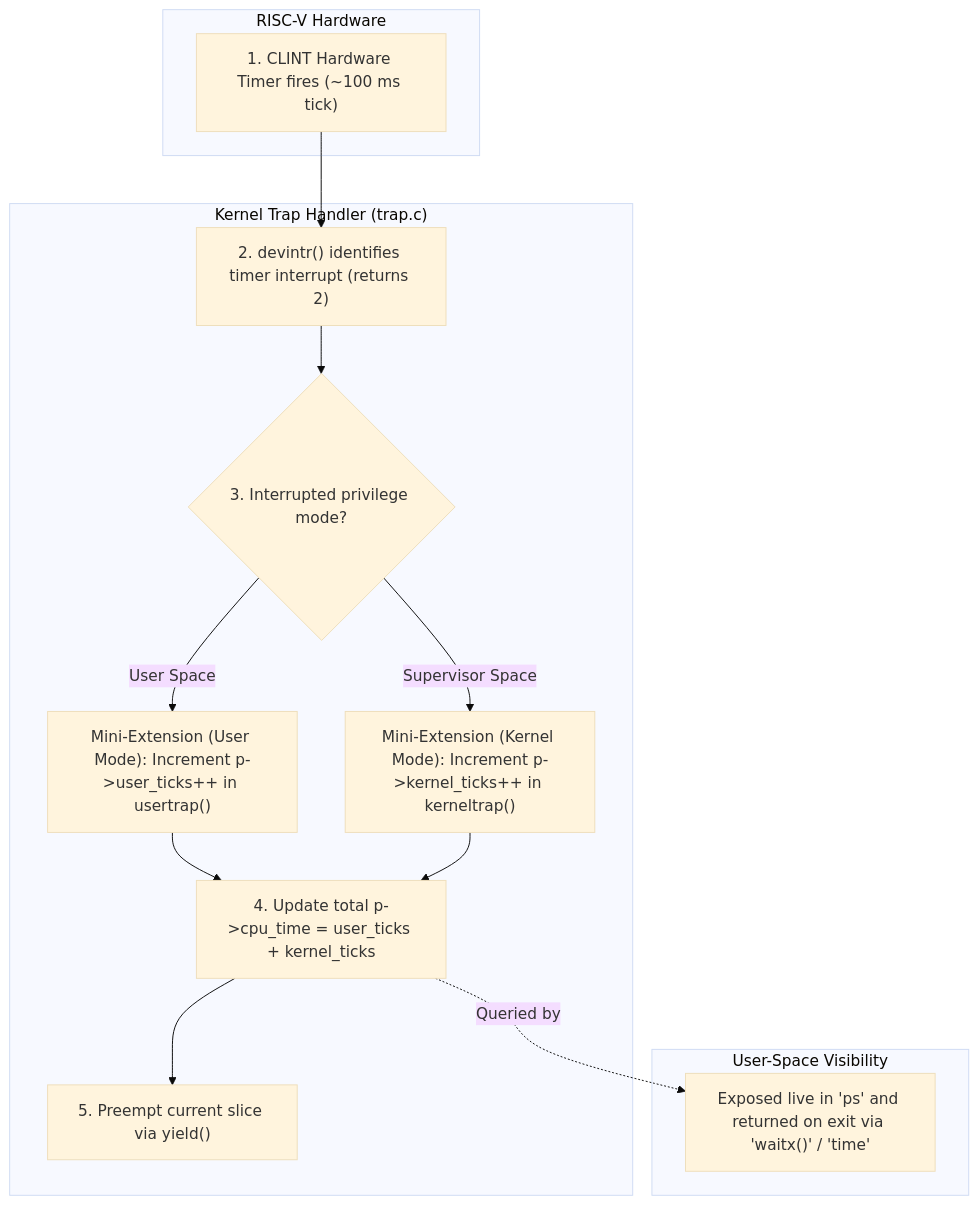
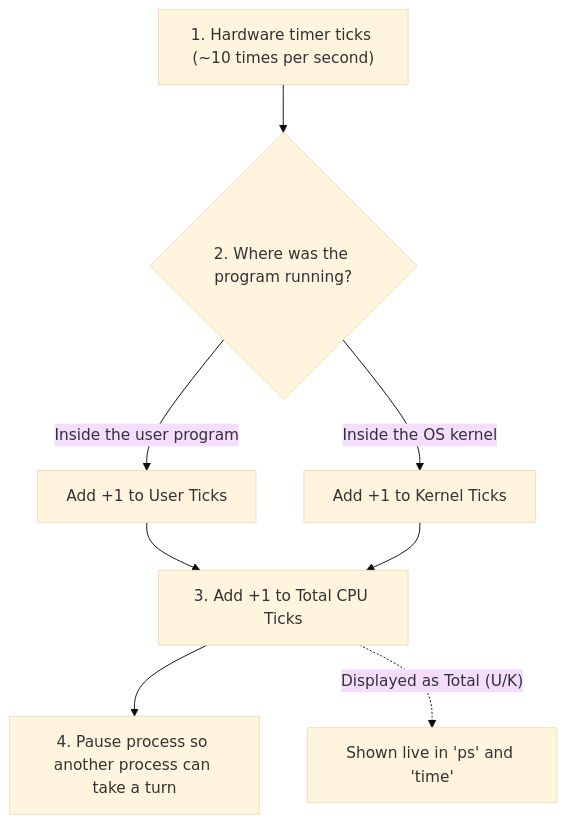
Before and after one commit to asbahkhan67-ctrl/xv6-riscv: the fourth of 21 diagrams in README.md, drawn with Mermaid (base theme). The commit also changed other lines of this file and 159 other files, not shown here.

````diff
--- a/README.md
+++ b/README.md
@@ -262,25 +280,10 @@
 ```mermaid
 flowchart TD
-    subgraph Hardware["RISC-V Hardware"]
-        H1["1. CLINT Hardware Timer fires (~100 ms tick)"]
-    end
-
-    subgraph Kernel["Kernel Trap Handler (trap.c)"]
-        T1["2. devintr() identifies timer interrupt (returns 2)"]
-        T2{"3. Interrupted privilege mode?"}
-        TU["Mini-Extension (User Mode): Increment p->user_ticks++ in usertrap()"]
-        TK["Mini-Extension (Kernel Mode): Increment p->kernel_ticks++ in kerneltrap()"]
-        T3["4. Update total p->cpu_time = user_ticks + kernel_ticks"]
-        T4["5. Preempt current slice via yield()"]
-    end
-
-    subgraph Consumers["User-Space Visibility"]
-        C1["Exposed live in 'ps' and returned on exit via 'waitx()' / 'time'"]
-    end
-
-    H1 --> T1 --> T2
-    T2 -- "User Space" --> TU --> T3
-    T2 -- "Supervisor Space" --> TK --> T3
-    T3 --> T4
-    T3 -. "Queried by" .-> C1
+    A["1. Hardware timer ticks (~10 times per second)"] --> B{"2. Where was the program running?"}
+    B -- "Inside the user program" --> C["Add +1 to User Ticks"]
+    B -- "Inside the OS kernel" --> D["Add +1 to Kernel Ticks"]
+    C --> E["3. Add +1 to Total CPU Ticks"]
+    D --> E
+    E --> F["4. Pause process so another process can take a turn"]
+    E -. "Displayed as Total (U/K)" .-> G["Shown live in 'ps' and 'time'"]
 ```
````
